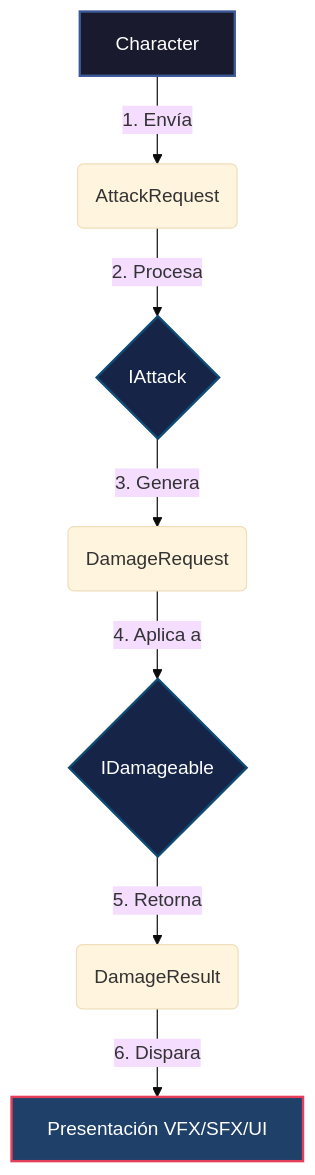
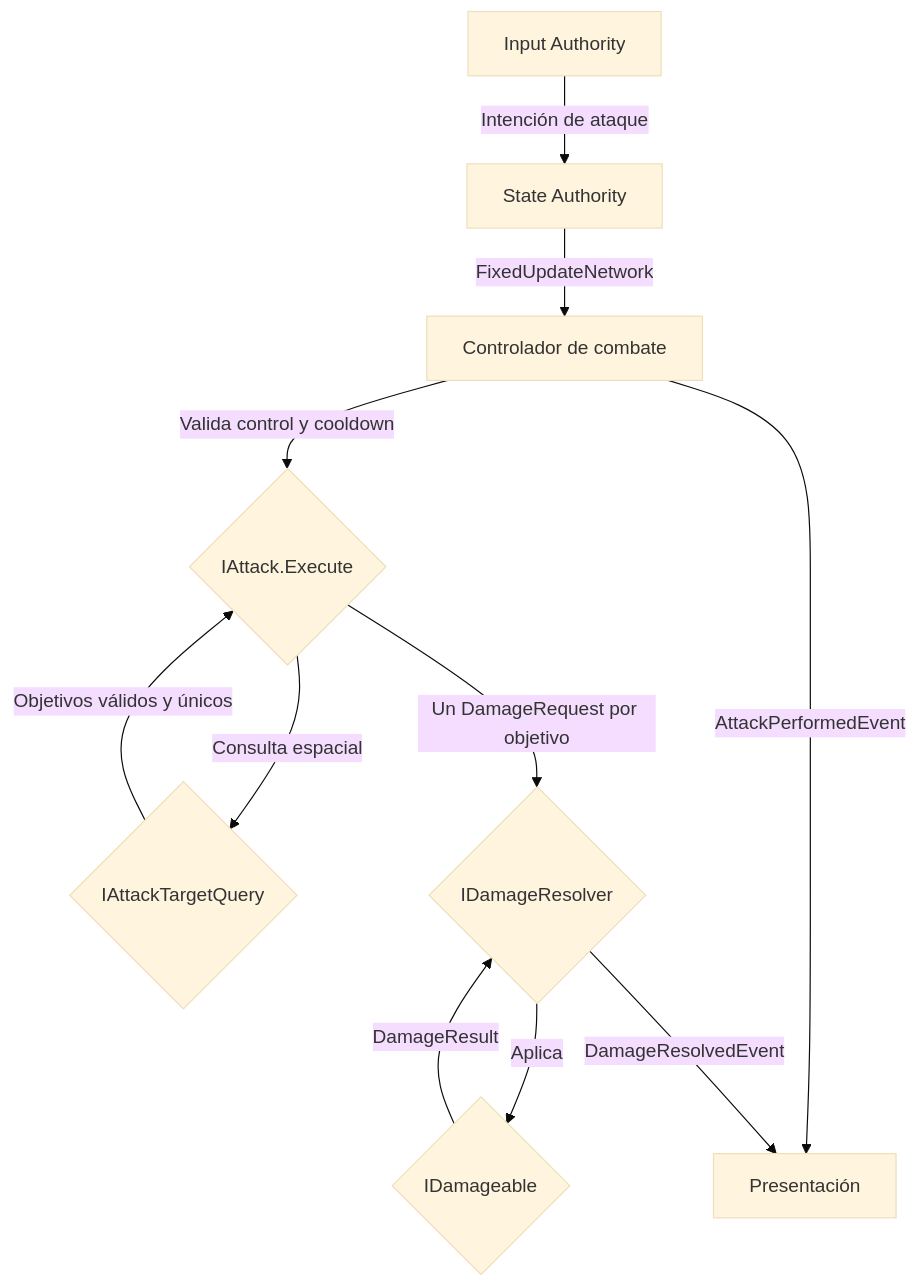
The second of 3 diagrams in Project Grimhold/Docs/Architecture/Project_Grimhold_Contratos_Base_v1.md (AstroRiftGames/ProjectGrimhold), drawn with Mermaid (base theme) before and after one commit. The commit also changed other lines of this file, not shown here.

First line of the commit message:
Expand combat contract architecture doc

````diff
--- a/Project Grimhold/Docs/Architecture/Project_Grimhold_Contratos_Base_v1.md
+++ b/Project Grimhold/Docs/Architecture/Project_Grimhold_Contratos_Base_v1.md
@@ -50,14 +79,13 @@
 ```mermaid
 flowchart TD
-    A[Character] -->|1. Envía| B(AttackRequest)
-    B -->|2. Procesa| C{IAttack}
-    C -->|3. Genera| D(DamageRequest)
-    D -->|4. Aplica a| E{IDamageable}
-    E -->|5. Retorna| F(DamageResult)
-    F -->|6. Dispara| G[Presentación VFX/SFX/UI]
-
-    style A fill:#1a1a2e,stroke:#3b5998,stroke-width:2px,color:#fff
-    style C fill:#162447,stroke:#0f4c75,stroke-width:2px,color:#fff
-    style E fill:#162447,stroke:#0f4c75,stroke-width:2px,color:#fff
-    style G fill:#1f4068,stroke:#e43f5a,stroke-width:2px,color:#fff
+    A[Input Authority] -->|Intención de ataque| B[State Authority]
+    B -->|FixedUpdateNetwork| C[Controlador de combate]
+    C -->|Valida control y cooldown| D{IAttack.Execute}
+    D -->|Consulta espacial| E{IAttackTargetQuery}
+    E -->|Objetivos válidos y únicos| D
+    D -->|Un DamageRequest por objetivo| F{IDamageResolver}
+    F -->|Aplica| G{IDamageable}
+    G -->|DamageResult| F
+    C -->|AttackPerformedEvent| H[Presentación]
+    F -->|DamageResolvedEvent| H
 ```
````
